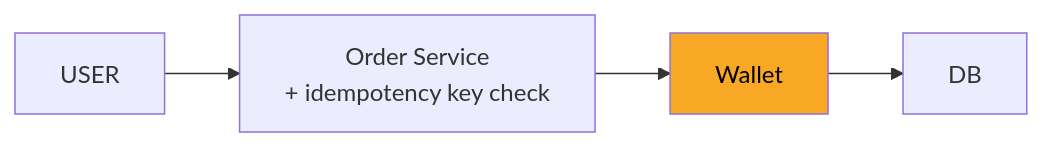
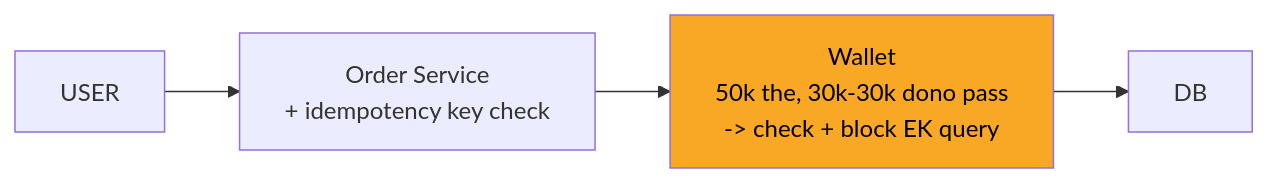
Before and after one commit to ArpanMaheshwari144/Prep: the third of 10 diagrams in 04_HLD/SYSTEM_DESIGNS/05_stock_broker_trading/05_stock_broker_trading.md, drawn with Mermaid. The commit also changed other lines of this file, not shown here.

````diff
--- a/04_HLD/SYSTEM_DESIGNS/05_stock_broker_trading/05_stock_broker_trading.md
+++ b/04_HLD/SYSTEM_DESIGNS/05_stock_broker_trading/05_stock_broker_trading.md
@@ -142,11 +142,11 @@
 ```mermaid
 flowchart LR
     n_USER["USER"]
     n_Order_Service["Order Service<br/>+ idempotency key check"]
-    n_Wallet["Wallet"]
+    n_Wallet["Wallet<br/>50k the, 30k-30k dono pass<br/>-> check + block EK query"]
     n_DB["DB"]
     n_USER --> n_Order_Service
     n_Order_Service --> n_Wallet
     n_Wallet --> n_DB
     style n_Wallet fill:#f9a825,color:#000
 ```
````
